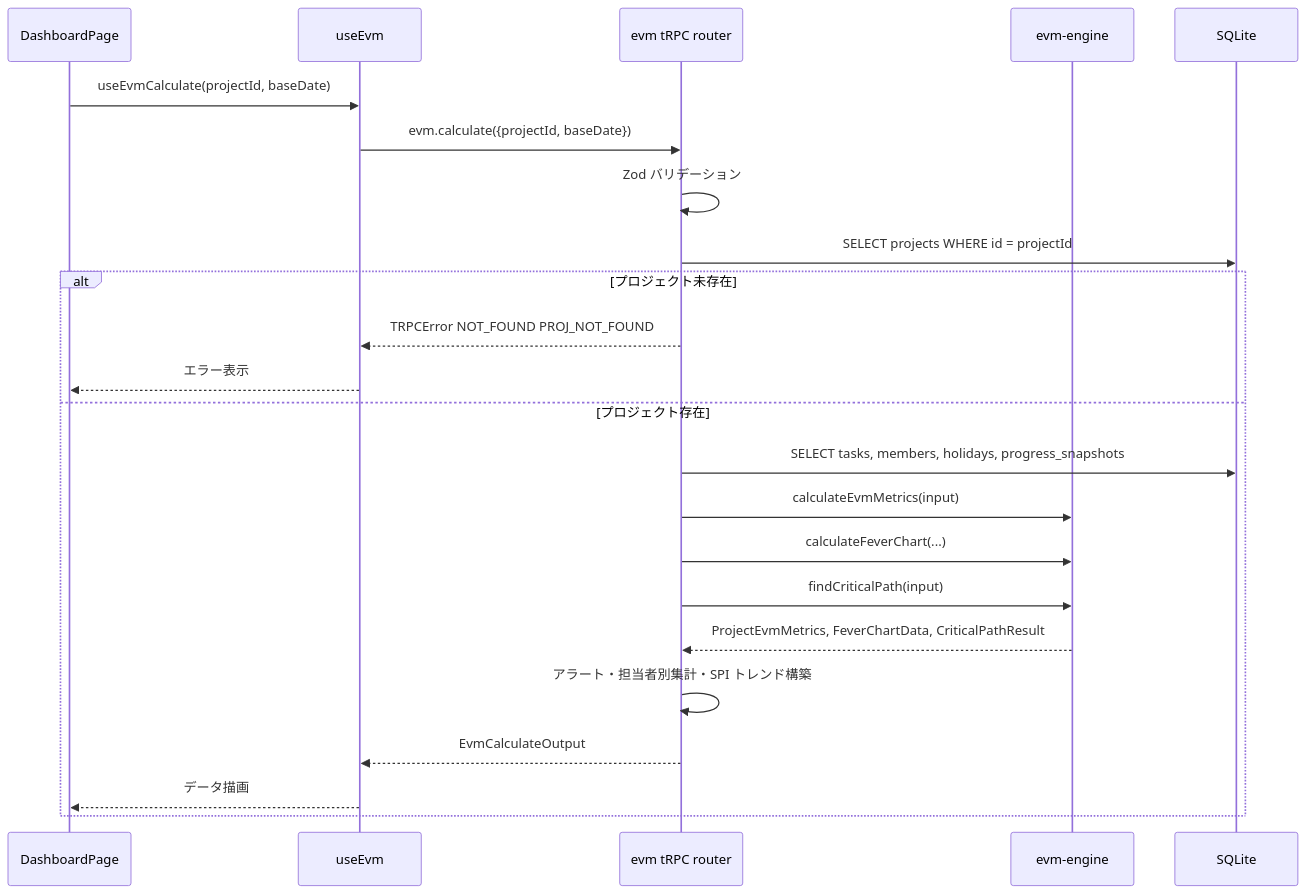
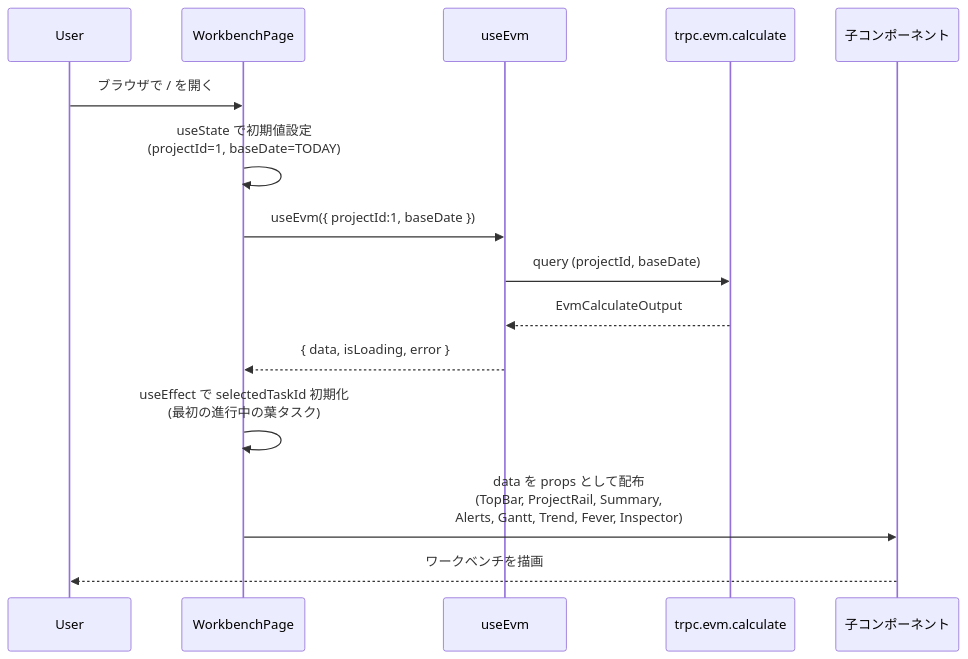
One commit to PrimeBrains/sdd-workshop changed the second of 7 diagrams in .kiro/specs/dashboard/design.md. Above: the diagram before and after it, drawn with Mermaid. The commit also changed other lines of this file and 23 other files, not shown here.

````diff
--- a/.kiro/specs/dashboard/design.md
+++ b/.kiro/specs/dashboard/design.md
@@ -185,26 +275,18 @@
 ```mermaid
 sequenceDiagram
-    participant UI as DashboardPage
-    participant Hook as useEvm
-    participant Router as evm tRPC router
-    participant EvmEng as evm-engine
-    participant DB as SQLite
+  participant User
+  participant WB as WorkbenchPage
+  participant Hook as useEvm
+  participant TRPC as trpc.evm.calculate
+  participant Children as 子コンポーネント
 
-    UI->>Hook: useEvmCalculate(projectId, baseDate)
-    Hook->>Router: evm.calculate({projectId, baseDate})
-    Router->>Router: Zod バリデーション
-    Router->>DB: SELECT projects WHERE id = projectId
-    alt プロジェクト未存在
-        Router-->>Hook: TRPCError NOT_FOUND PROJ_NOT_FOUND
-        Hook-->>UI: エラー表示
-    else プロジェクト存在
-        Router->>DB: SELECT tasks, members, holidays, progress_snapshots
-        Router->>EvmEng: calculateEvmMetrics(input)
-        Router->>EvmEng: calculateFeverChart(...)
-        Router->>EvmEng: findCriticalPath(input)
-        EvmEng-->>Router: ProjectEvmMetrics, FeverChartData, CriticalPathResult
-        Router->>Router: アラート・担当者別集計・SPI トレンド構築
-        Router-->>Hook: EvmCalculateOutput
-        Hook-->>UI: データ描画
-    end
+  User->>WB: ブラウザで / を開く
+  WB->>WB: useState で初期値設定<br/>(projectId=1, baseDate=TODAY)
+  WB->>Hook: useEvm({ projectId:1, baseDate })
+  Hook->>TRPC: query (projectId, baseDate)
+  TRPC-->>Hook: EvmCalculateOutput
+  Hook-->>WB: { data, isLoading, error }
+  WB->>WB: useEffect で selectedTaskId 初期化<br/>(最初の進行中の葉タスク)
+  WB->>Children: data を props として配布<br/>(TopBar, ProjectRail, Summary,<br/>Alerts, Gantt, Trend, Fever, Inspector)
+  Children-->>User: ワークベンチを描画
 ```
````
